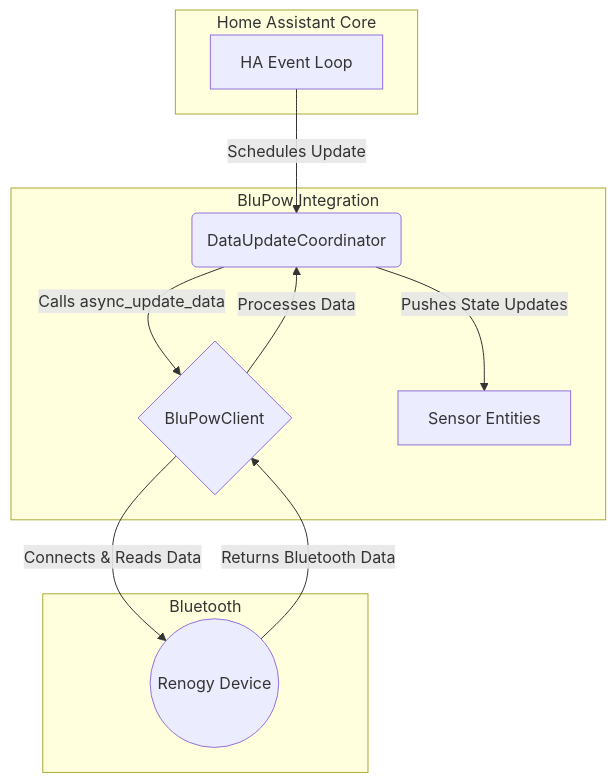
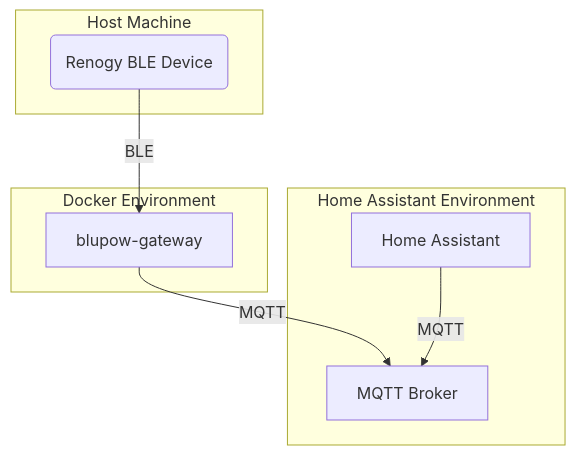
One commit to MadGoatHaz/blupow changed the diagram in docs/ARCHITECTURE.md. Above: the diagram before and after it, drawn with Mermaid. The commit also changed other lines of this file and 46 other files, not shown here.

First line of the commit message:
feat: Implement Renogy Inverter and Fix Gateway Crash

````diff
--- a/docs/ARCHITECTURE.md
+++ b/docs/ARCHITECTURE.md
@@ -9,23 +51,20 @@
 ```mermaid
 graph TD
-    subgraph Home Assistant Core
-        A[HA Event Loop]
+    subgraph Host Machine
+        D(Renogy BLE Device)
     end
 
-    subgraph BluPow Integration
-        B(DataUpdateCoordinator)
-        C{BluPowClient}
-        D[Sensor Entities]
+    subgraph Docker Environment
+        A[blupow-gateway]
+    end
+    
+    subgraph Home Assistant Environment
+        C[Home Assistant]
+        B[MQTT Broker]
     end
 
-    subgraph Bluetooth
-        E((Renogy Device))
-    end
+    D -- BLE --> A
+    A -- MQTT --> B
+    C -- MQTT --> B
 
-    A -->|Schedules Update| B
-    B -->|Calls async_update_data| C
-    C -->|Connects & Reads Data| E
-    E -->|Returns Bluetooth Data| C
-    C -->|Processes Data| B
-    B -->|Pushes State Updates| D
 ```
````
